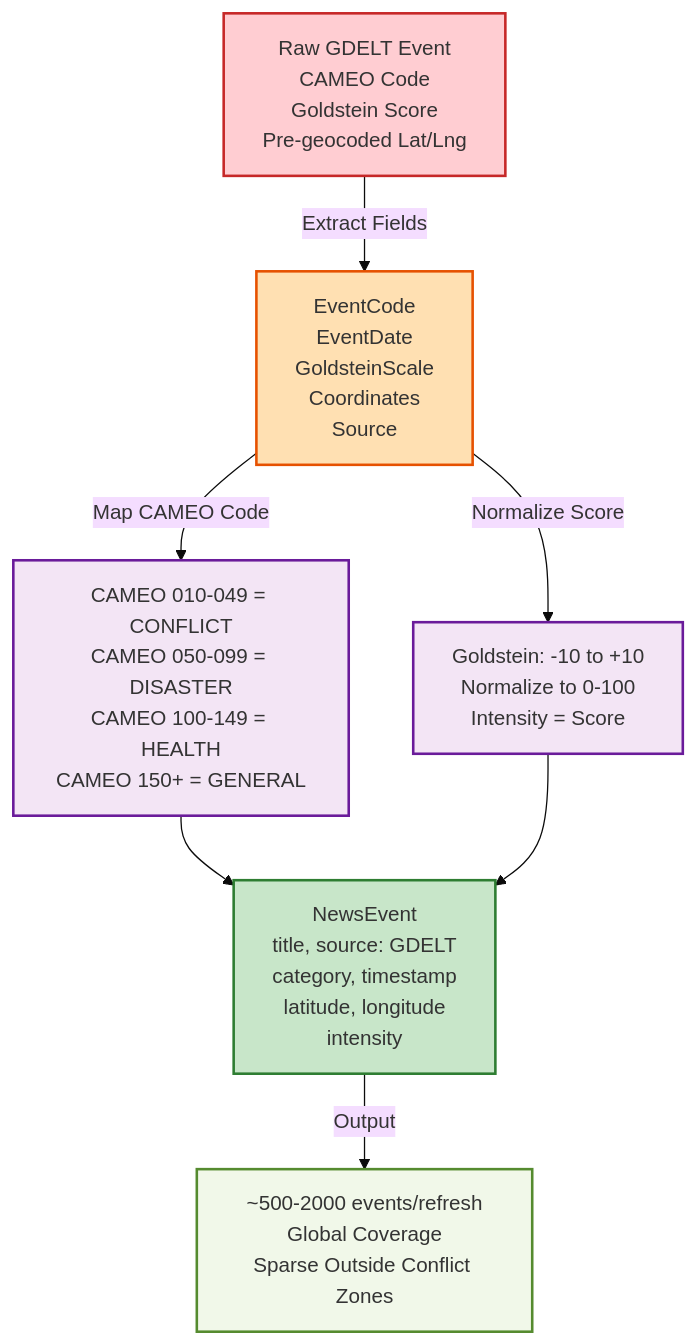
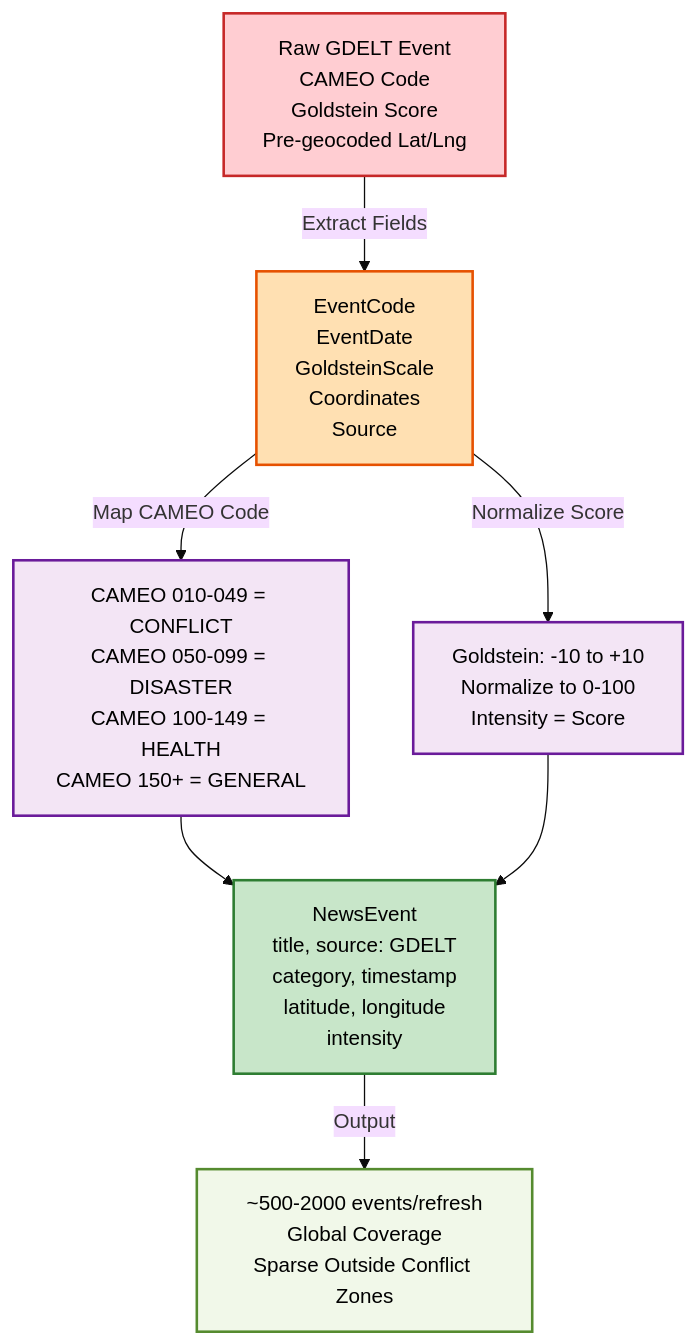
The third of 4 diagrams in ARCHITECTURE.md (JyotirmoyDas05/AakashSanchar), drawn with Mermaid (base theme) before and after one commit. The commit also changed other lines of this file and 4 other files, not shown here.

First line of the commit message:
Fix low-contrast text in Mermaid diagrams

````diff
--- a/ARCHITECTURE.md
+++ b/ARCHITECTURE.md
@@ -99,21 +99,21 @@
 ```mermaid
 graph TD
     A["Raw GDELT Event<br/>CAMEO Code<br/>Goldstein Score<br/>Pre-geocoded Lat/Lng"] -->|Extract Fields| B["EventCode<br/>EventDate<br/>GoldsteinScale<br/>Coordinates<br/>Source"]
     
     B -->|Map CAMEO Code| C["CAMEO 010-049 = CONFLICT<br/>CAMEO 050-099 = DISASTER<br/>CAMEO 100-149 = HEALTH<br/>CAMEO 150+ = GENERAL"]
     
     B -->|Normalize Score| D["Goldstein: -10 to +10<br/>Normalize to 0-100<br/>Intensity = Score"]
     
     C --> E["NewsEvent<br/>title, source: GDELT<br/>category, timestamp<br/>latitude, longitude<br/>intensity"]
     
     D --> E
     
     E -->|Output| F["~500-2000 events/refresh<br/>Global Coverage<br/>Sparse Outside Conflict Zones"]
     
-    style A fill:#ffcdd2,stroke:#c62828,stroke-width:2px
-    style B fill:#ffe0b2,stroke:#e65100,stroke-width:2px
-    style C fill:#f3e5f5,stroke:#6a1b9a,stroke-width:2px
-    style D fill:#f3e5f5,stroke:#6a1b9a,stroke-width:2px
-    style E fill:#c8e6c9,stroke:#2e7d32,stroke-width:2px
-    style F fill:#f1f8e9,stroke:#558b2f,stroke-width:2px
+    style A fill:#ffcdd2,stroke:#c62828,stroke-width:2px,color:#000000
+    style B fill:#ffe0b2,stroke:#e65100,stroke-width:2px,color:#000000
+    style C fill:#f3e5f5,stroke:#6a1b9a,stroke-width:2px,color:#000000
+    style D fill:#f3e5f5,stroke:#6a1b9a,stroke-width:2px,color:#000000
+    style E fill:#c8e6c9,stroke:#2e7d32,stroke-width:2px,color:#000000
+    style F fill:#f1f8e9,stroke:#558b2f,stroke-width:2px,color:#000000
 ```
````
